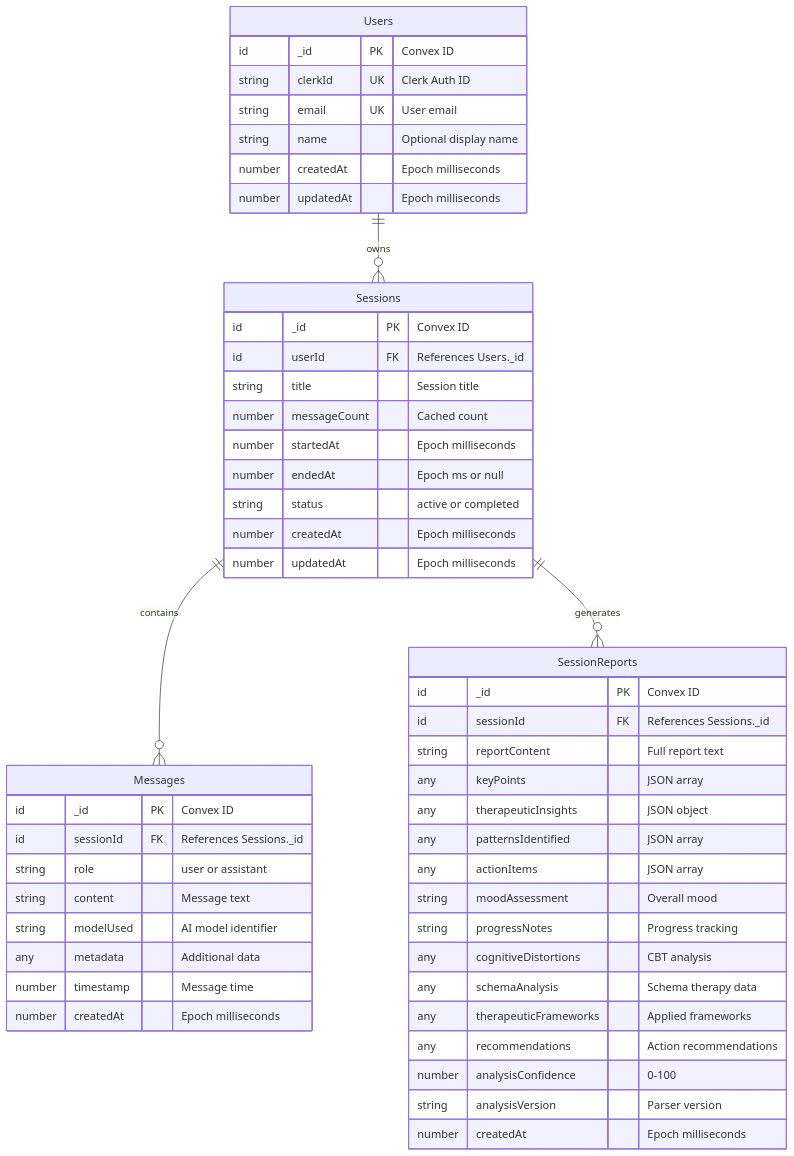
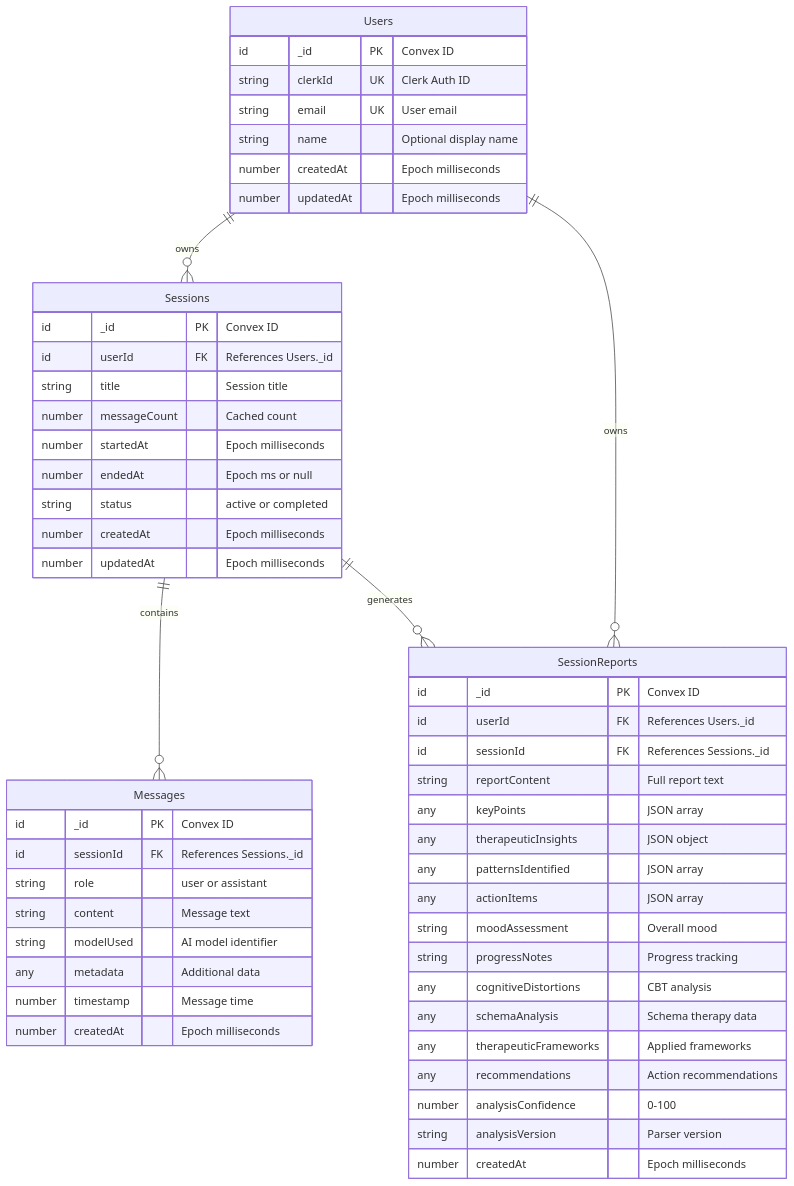
One commit to ddv1982/ai-therapist changed the first of 13 diagrams in docs/DATA_MODEL.md. Above: the diagram before and after it, drawn with Mermaid. The commit also changed other lines of this file and 24 other files, not shown here.

````diff
--- a/docs/DATA_MODEL.md
+++ b/docs/DATA_MODEL.md
@@ -36,57 +36,59 @@
 ```mermaid
 erDiagram
     Users ||--o{ Sessions : "owns"
     Sessions ||--o{ Messages : "contains"
     Sessions ||--o{ SessionReports : "generates"
+    Users ||--o{ SessionReports : "owns"
 
     Users {
         id _id PK "Convex ID"
         string clerkId UK "Clerk Auth ID"
         string email UK "User email"
         string name "Optional display name"
         number createdAt "Epoch milliseconds"
         number updatedAt "Epoch milliseconds"
     }
 
     Sessions {
         id _id PK "Convex ID"
         id userId FK "References Users._id"
         string title "Session title"
         number messageCount "Cached count"
         number startedAt "Epoch milliseconds"
         number endedAt "Epoch ms or null"
         string status "active or completed"
         number createdAt "Epoch milliseconds"
         number updatedAt "Epoch milliseconds"
     }
 
     Messages {
         id _id PK "Convex ID"
         id sessionId FK "References Sessions._id"
         string role "user or assistant"
         string content "Message text"
         string modelUsed "AI model identifier"
         any metadata "Additional data"
         number timestamp "Message time"
         number createdAt "Epoch milliseconds"
     }
 
     SessionReports {
         id _id PK "Convex ID"
+        id userId FK "References Users._id"
         id sessionId FK "References Sessions._id"
         string reportContent "Full report text"
         any keyPoints "JSON array"
         any therapeuticInsights "JSON object"
         any patternsIdentified "JSON array"
         any actionItems "JSON array"
         string moodAssessment "Overall mood"
         string progressNotes "Progress tracking"
         any cognitiveDistortions "CBT analysis"
         any schemaAnalysis "Schema therapy data"
         any therapeuticFrameworks "Applied frameworks"
         any recommendations "Action recommendations"
         number analysisConfidence "0-100"
         string analysisVersion "Parser version"
         number createdAt "Epoch milliseconds"
     }
 ```
````
